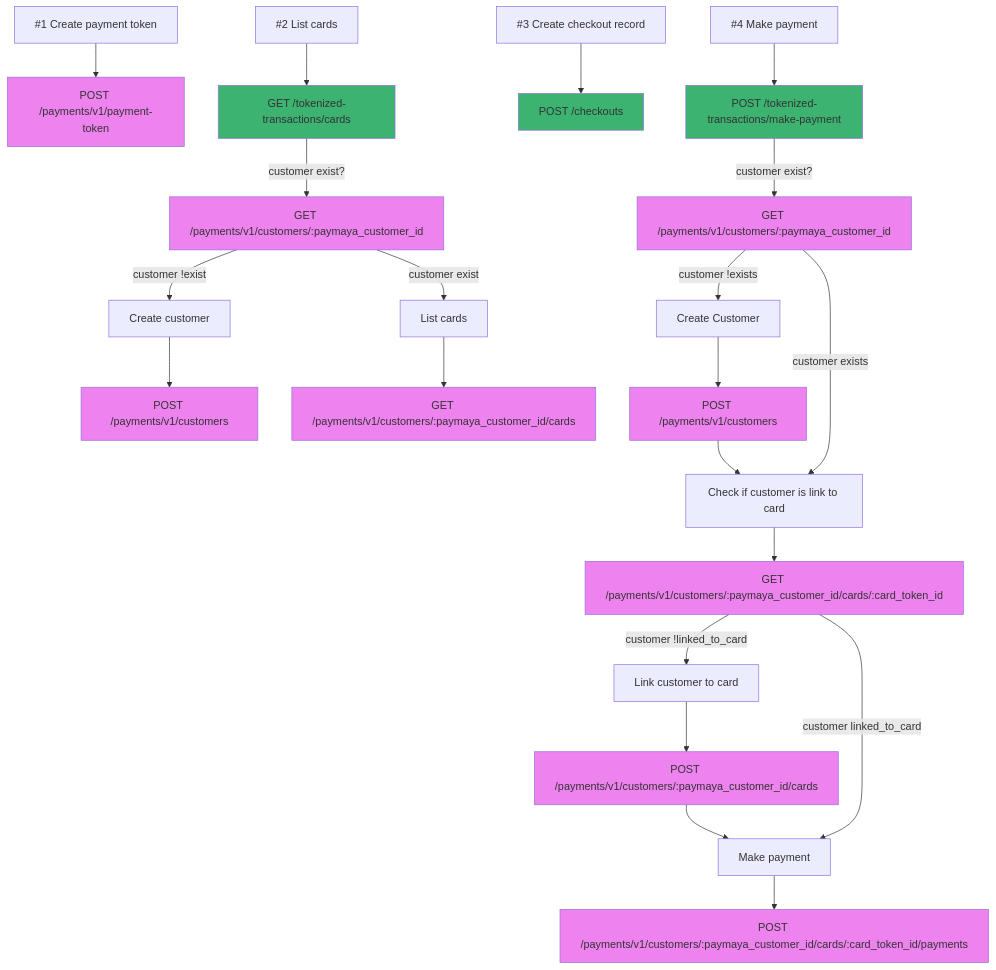
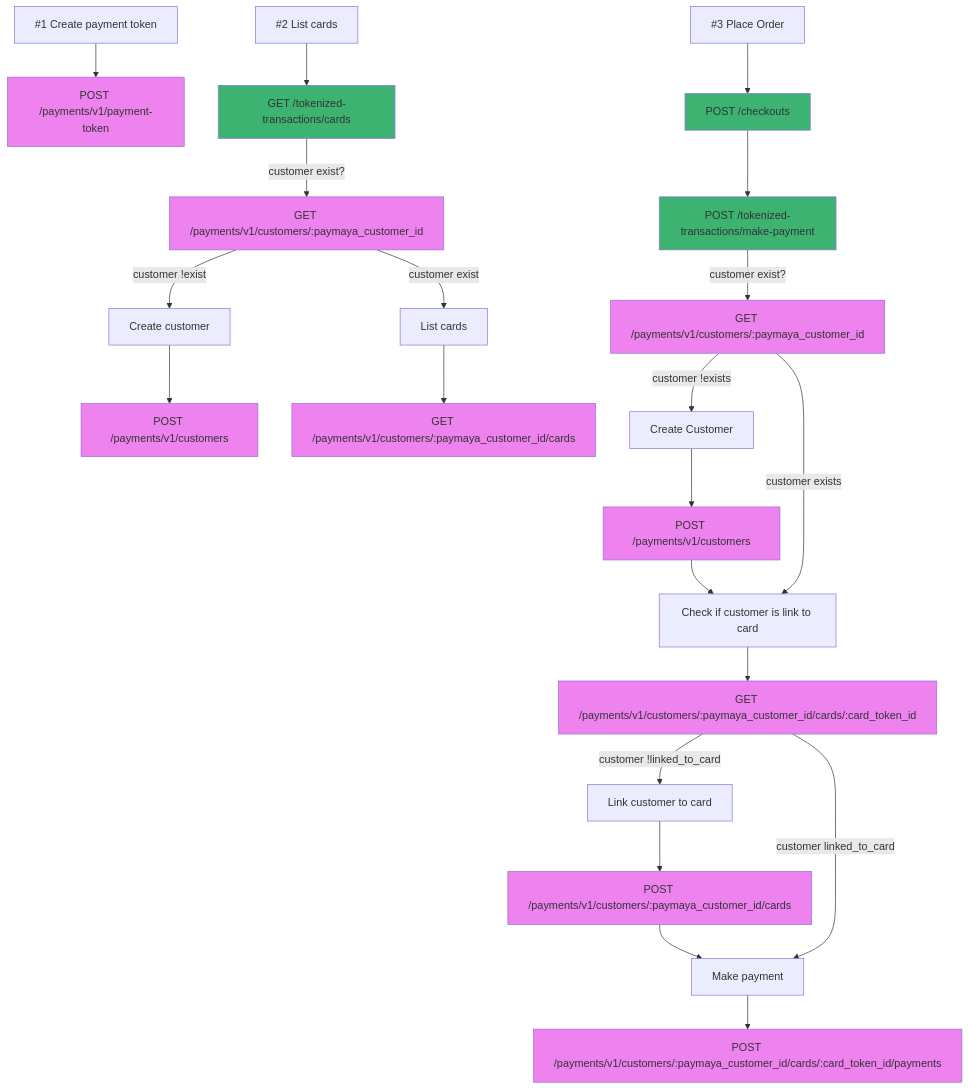
One commit to israelcoper/mermaid-diagram changed the diagram in maya-payment-card-flow.md. Above: the diagram before and after it, drawn with Mermaid.

````diff
--- a/maya-payment-card-flow.md
+++ b/maya-payment-card-flow.md
@@ -2,38 +2,38 @@
 ```mermaid
 ---
 title:
 ---
 flowchart TB;
     style A1 fill:#ee82ee
     style B1 fill:#3cb371
     style E1 fill:#3cb371
     style F1 fill:#3cb371
     style F2 fill:#ee82ee
     style C fill:#ee82ee
     style D1 fill:#ee82ee
     style D3 fill:#ee82ee
     style G1 fill:#ee82ee
     style H0 fill:#ee82ee
     style H3 fill:#ee82ee
     style H4 fill:#ee82ee
     A0["#1 Create payment token"]-->A1[POST /payments/v1/payment-token];
     B0["#2 List cards"]-->B1[GET /tokenized-transactions/cards];
     B1-- customer exist? -->C[GET /payments/v1/customers/:paymaya_customer_id];
     C-- customer !exist -->D0[Create customer];
     D0-->D1[POST /payments/v1/customers];
     C-- customer exist -->D2[List cards];
     D2-->D3[GET /payments/v1/customers/:paymaya_customer_id/cards]
-    E0["#3 Create checkout record"]-->E1[POST /checkouts];
-    FO["#4 Make payment"]-->F1[POST /tokenized-transactions/make-payment];
+    E0["#3 Place Order"]-->E1[POST /checkouts];
+    E1-->F1[POST /tokenized-transactions/make-payment];
     F1-- customer exist? -->F2[GET /payments/v1/customers/:paymaya_customer_id];
     F2-- customer !exists -->G0[Create Customer];
     G0-->G1[POST /payments/v1/customers];
     G1-->G2[Check if customer is link to card];
     F2-- customer exists -->G2;
     G2-->H0[GET /payments/v1/customers/:paymaya_customer_id/cards/:card_token_id]
     H0-- customer !linked_to_card -->H1[Link customer to card];
     H1-->H4[POST /payments/v1/customers/:paymaya_customer_id/cards];
     H4-->H2;
     H0-- customer linked_to_card -->H2[Make payment];
     H2-->H3[POST /payments/v1/customers/:paymaya_customer_id/cards/:card_token_id/payments]
 ```
````
